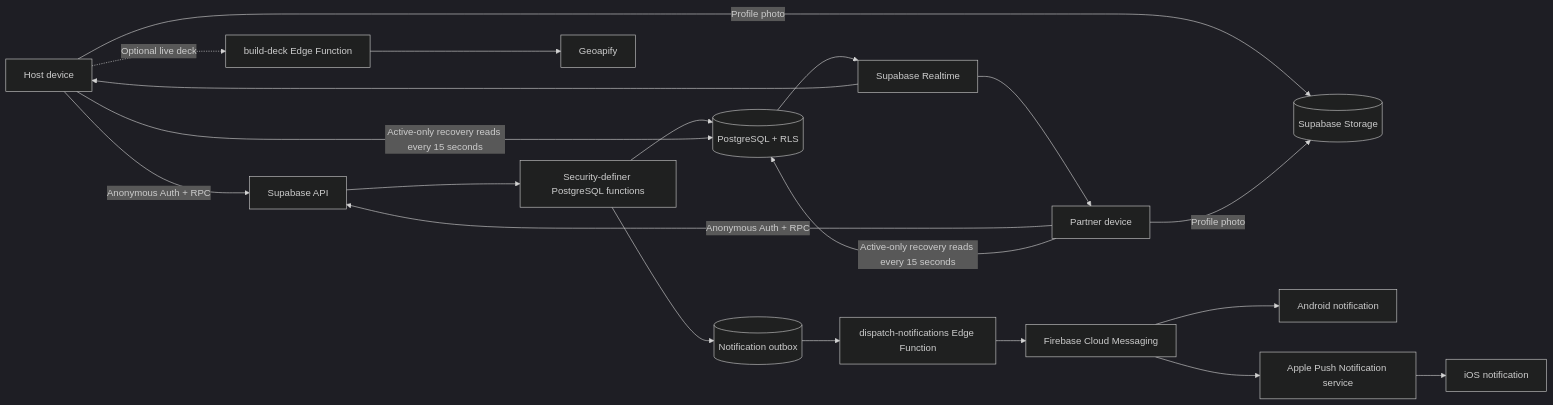
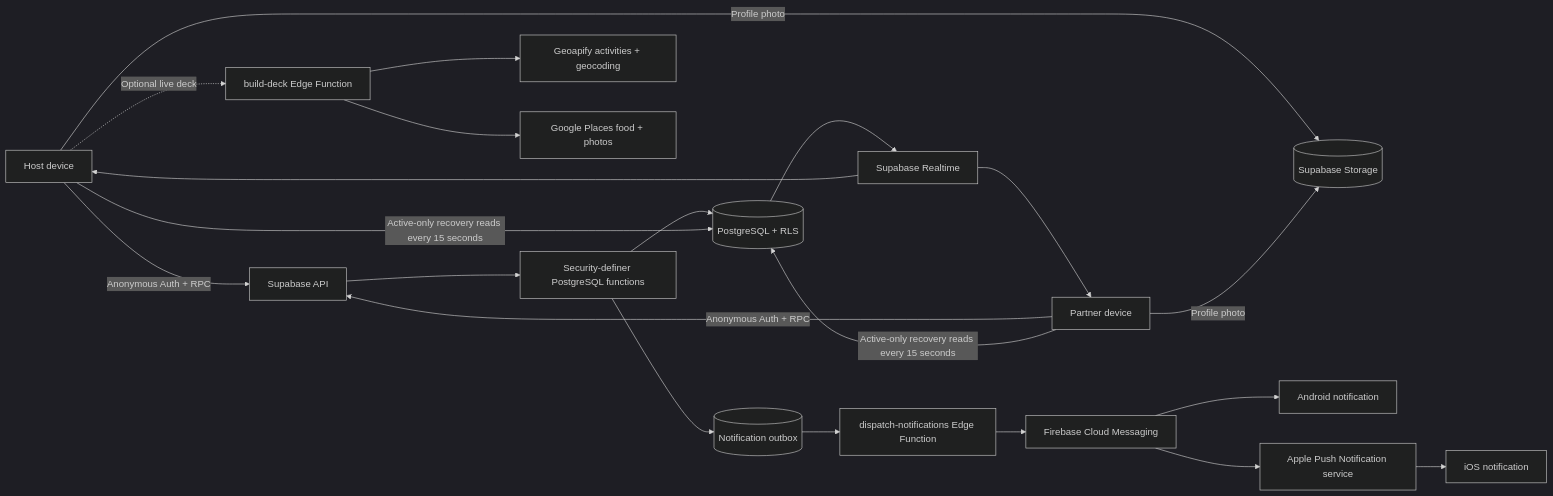
The first of 2 diagrams in README.md (pa-mi-su/choosr-platform), drawn with Mermaid (dark theme) before and after one commit. The commit also changed other lines of this file and 14 other files, not shown here.

Commit message:
Integrate Google Places food decks

````diff
--- a/README.md
+++ b/README.md
@@ -129,22 +130,23 @@
 ```mermaid
 flowchart LR
     Host["Host device"] -->|"Anonymous Auth + RPC"| API["Supabase API"]
     Partner["Partner device"] -->|"Anonymous Auth + RPC"| API
     API --> RPC["Security-definer PostgreSQL functions"]
     RPC --> DB[("PostgreSQL + RLS")]
     DB --> RT["Supabase Realtime"]
     RT --> Host
     RT --> Partner
     Host -->|"Active-only recovery reads every 15 seconds"| DB
     Partner -->|"Active-only recovery reads every 15 seconds"| DB
     Host -.->|"Optional live deck"| Edge["build-deck Edge Function"]
-    Edge --> Places["Geoapify"]
+    Edge --> Geoapify["Geoapify activities + geocoding"]
+    Edge --> Places["Google Places food + photos"]
     Host -->|"Profile photo"| Storage[("Supabase Storage")]
     Partner -->|"Profile photo"| Storage
     RPC --> Outbox[("Notification outbox")]
     Outbox --> PushWorker["dispatch-notifications Edge Function"]
     PushWorker --> FCM["Firebase Cloud Messaging"]
     FCM --> Android["Android notification"]
     FCM --> APNs["Apple Push Notification service"]
     APNs --> iOS["iOS notification"]
 ```
````
